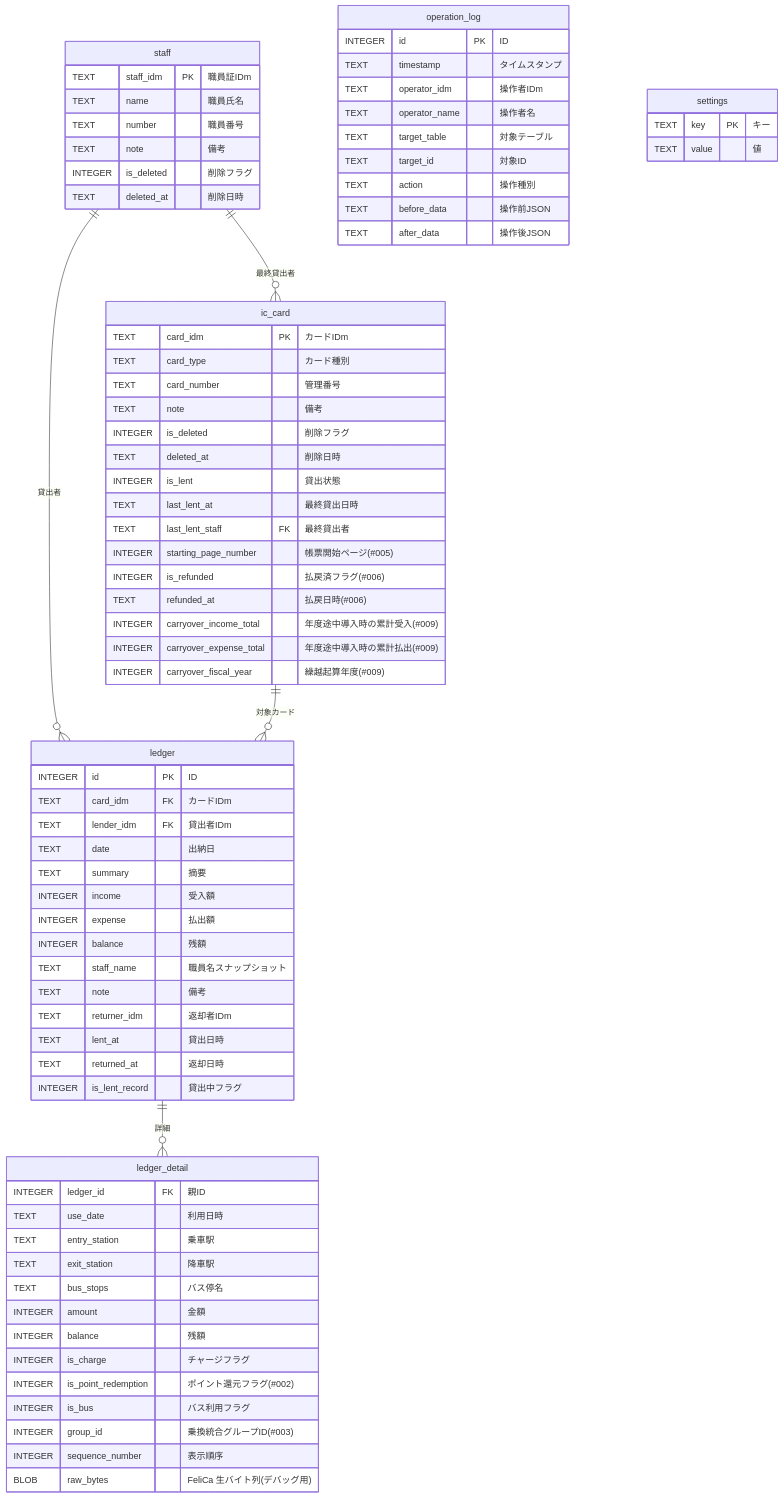
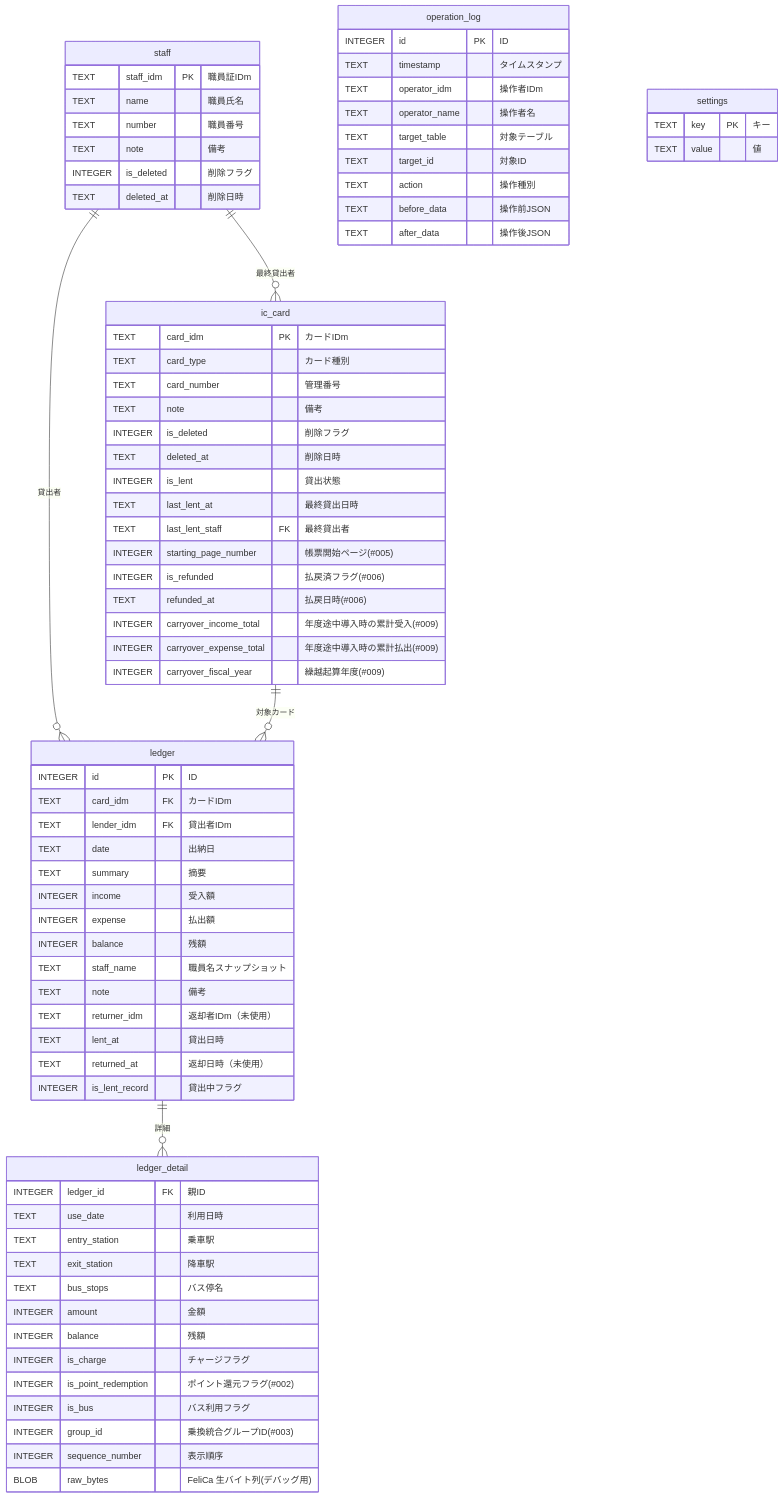
Before and after one commit to kuwayamamasayuki/ICCardManager: the fourth of 7 diagrams in ICCardManager/docs/manual/開発者ガイド.md, drawn with Mermaid. The commit also changed other lines of this file and 9 other files, not shown here.

First line of the commit message:
docs: レビュー指摘を反映 — 取り残しの「返却した人の利用」、列名 last_lent_staff、操作ログの範囲、returner_idm の未使用を直した（#2323）

```diff
--- a/ICCardManager/docs/manual/開発者ガイド.md
+++ b/ICCardManager/docs/manual/開発者ガイド.md
@@ -567,9 +567,9 @@
         INTEGER balance "残額"
         TEXT staff_name "職員名スナップショット"
         TEXT note "備考"
-        TEXT returner_idm "返却者IDm"
+        TEXT returner_idm "返却者IDm（未使用）"
         TEXT lent_at "貸出日時"
-        TEXT returned_at "返却日時"
+        TEXT returned_at "返却日時（未使用）"
         INTEGER is_lent_record "貸出中フラグ"
     }
 
```
